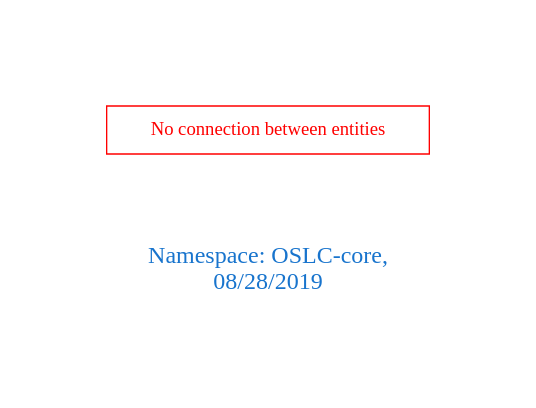
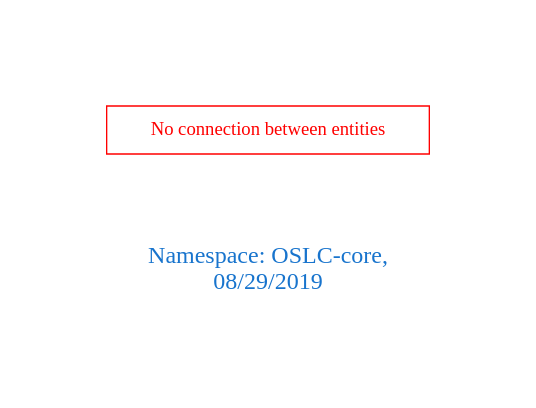
The diagram in downloads/OSLC-core.dot (arago/OGIT), drawn with Graphviz before and after one commit. The commit also changed 1500 other files, not shown here.

```diff
--- a/downloads/OSLC-core.dot
+++ b/downloads/OSLC-core.dot
@@ -1,9 +1,9 @@
 digraph OGIT_ontology {
  graph [ rankdir= LR,pad=1 
 fontsize = 18,
-fontcolor= dodgerblue3,label = "\n\n\nNamespace: OSLC-core, \n 08/28/2019"];
+fontcolor= dodgerblue3,label = "\n\n\nNamespace: OSLC-core, \n 08/29/2019"];
 node[shape=polygon];
 edge [  color="gray81"];
 
 "No connection between entities" [fontcolor = "red",color="red", shape="polygon"]
 }
```
